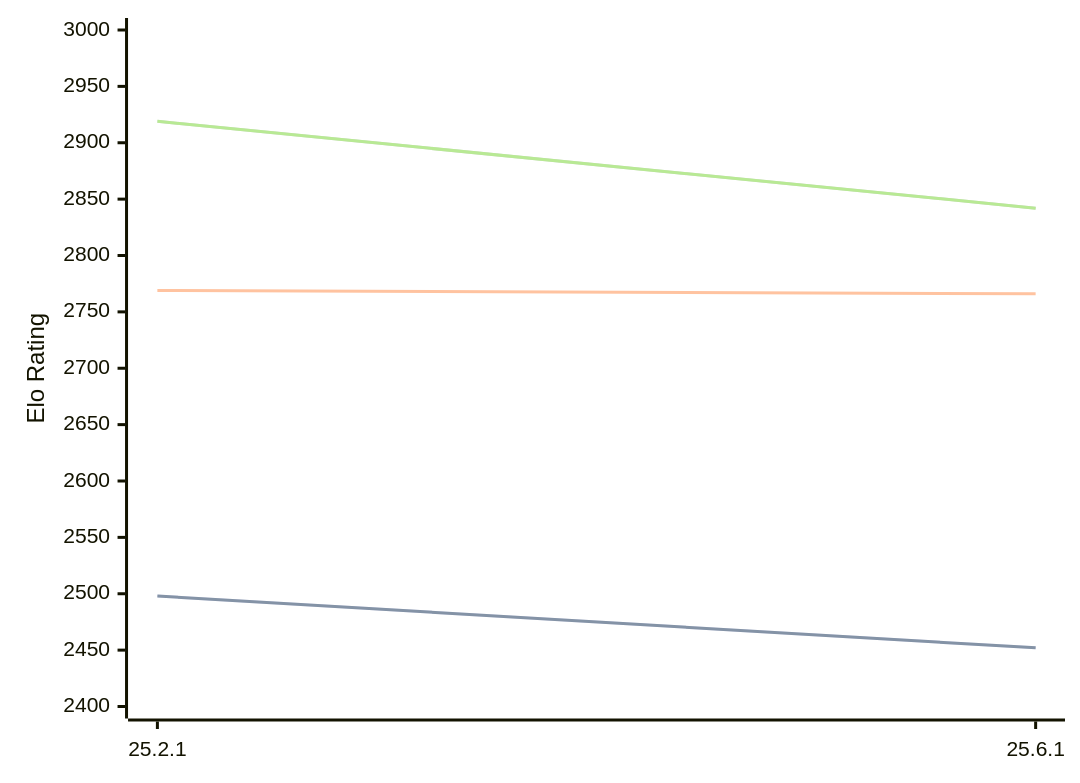
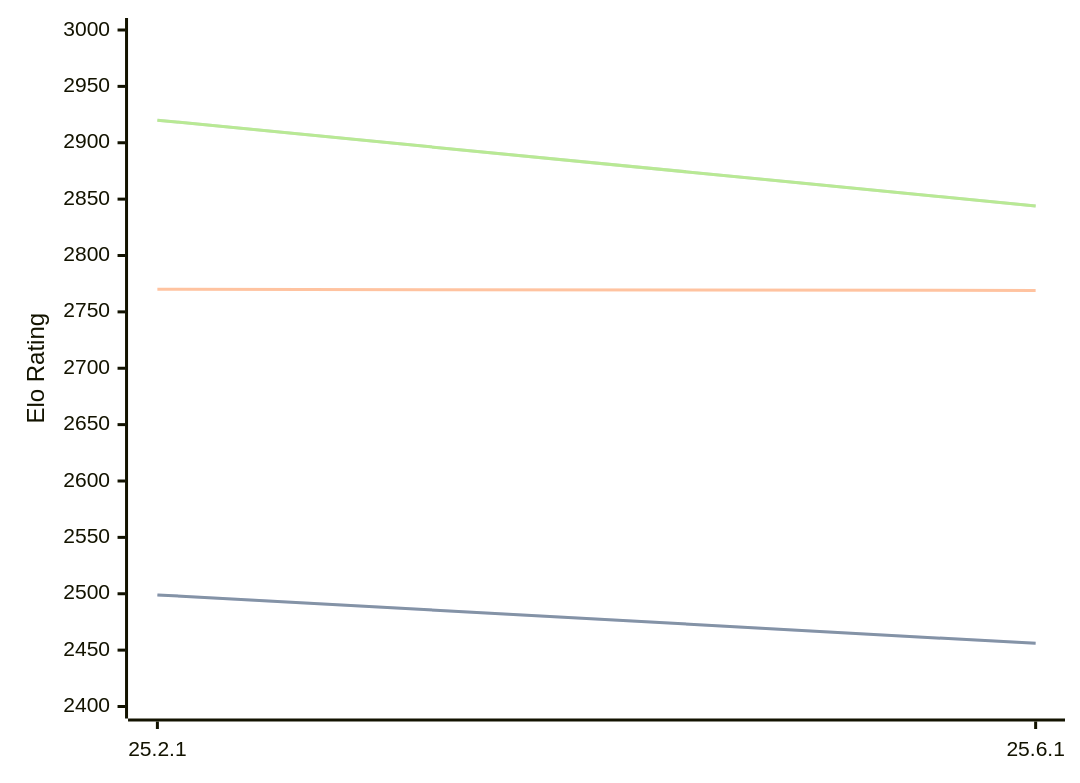
Before and after one commit to computer-chess-index/cci: the diagram in engines/Crafty.md, drawn with Mermaid. The commit also changed other lines of this file, not shown here.

Commit message:
Update CCI Ratings (ELO VLTC) - 2026-07-23

````diff
--- a/engines/Crafty.md
+++ b/engines/Crafty.md
@@ -32,11 +32,11 @@
 ```mermaid
 %%{init: {"theme":"base","themeVariables":{"seriesColors:['#a3a3a3','#222221','#faa371']}}}%%
 xychart-beta
   x-axis ["25.2.1", "25.6.1"]
   y-axis "Elo Rating" 2400 --> 3000
-  line "STC (8.0+0.08s)" [2498, 2452]
-  line "STC (8.0+0.08s)" [2498, 2452]
-  line "LTC (60.0+0.60s)" [2769, 2766]
-  line "VLTC (2m24s+1.12s)" [2919, 2842]
-  line "VLTC (2m24s+1.12s)" [2919, 2842]
+  line "STC (8.0+0.08s)" [2499, 2456]
+  line "STC (8.0+0.08s)" [2499, 2456]
+  line "LTC (60.0+0.60s)" [2770, 2769]
+  line "VLTC (2m24s+1.12s)" [2920, 2844]
+  line "VLTC (2m24s+1.12s)" [2920, 2844]
 ```
````
